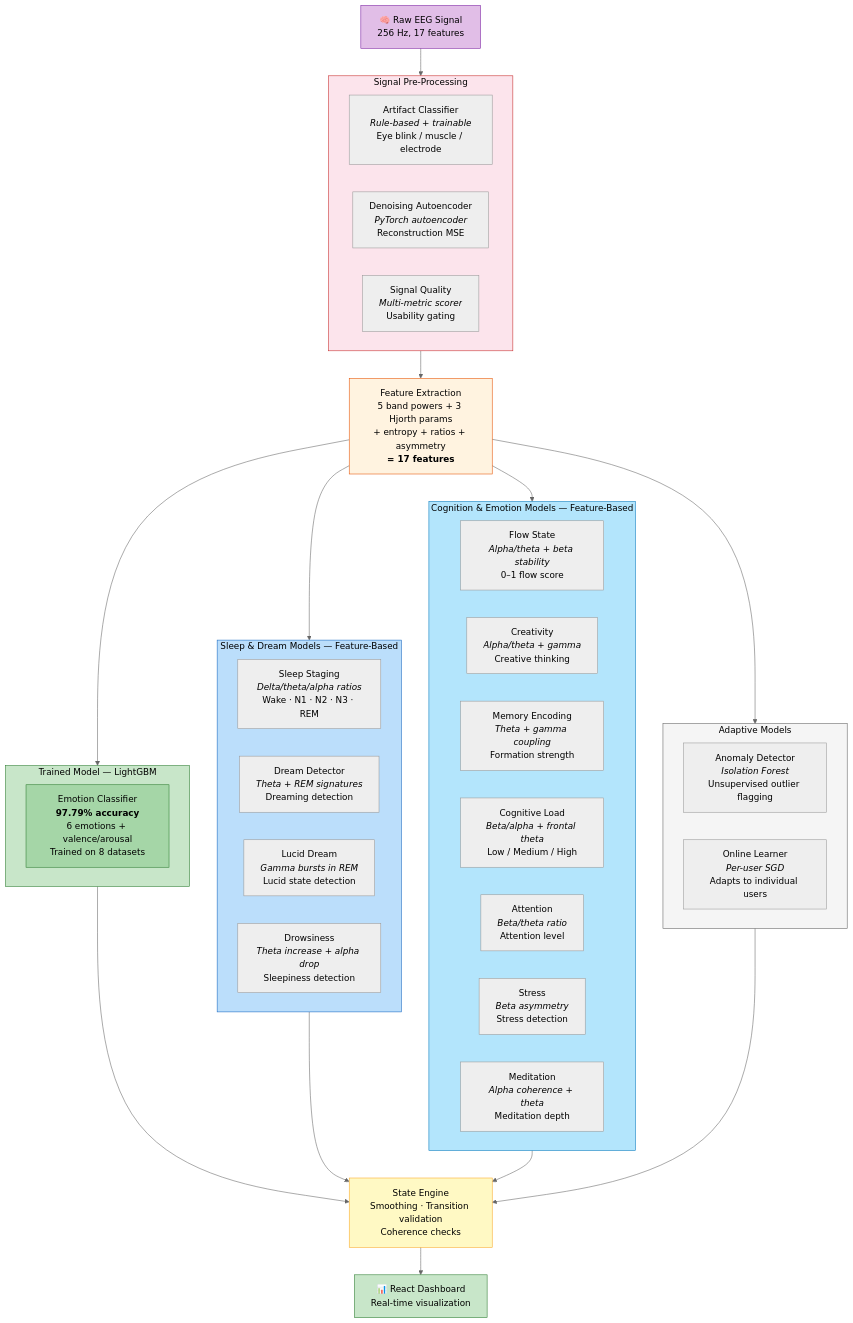
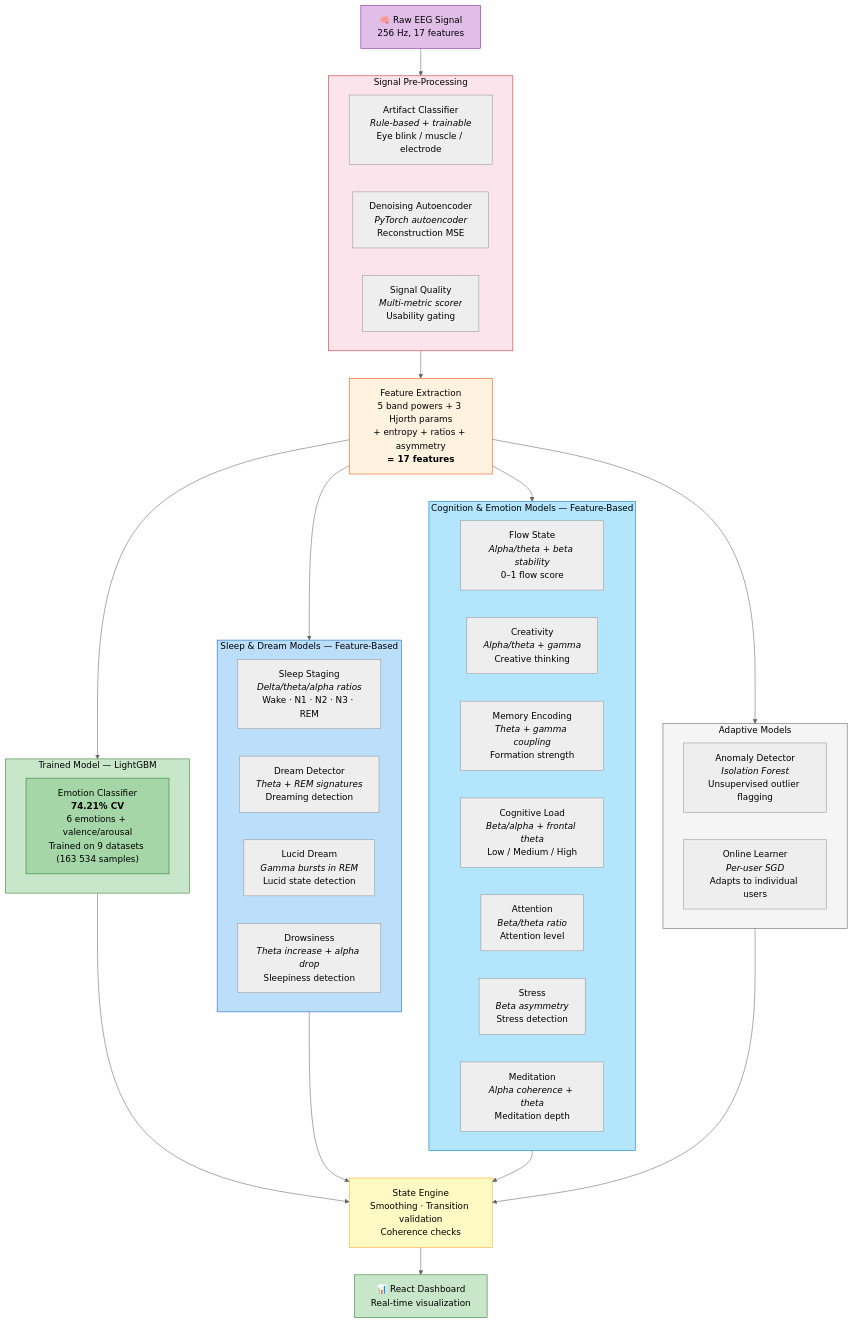
Before and after one commit to getzen-health/DreamAnalysis: the fifth of 5 diagrams in README.md, drawn with Mermaid (neutral theme). The commit also changed 8 other files, not shown here.

````diff
--- a/README.md
+++ b/README.md
@@ -166,68 +166,68 @@
 ```mermaid
 graph TD
     EEG["🧠 Raw EEG Signal<br/>256 Hz, 17 features"]
 
     EEG --> PRE
 
     subgraph PRE["Signal Pre-Processing"]
         direction LR
         ART["Artifact Classifier<br/><i>Rule-based + trainable</i><br/>Eye blink / muscle / electrode"]
         DEN["Denoising Autoencoder<br/><i>PyTorch autoencoder</i><br/>Reconstruction MSE"]
         SQ["Signal Quality<br/><i>Multi-metric scorer</i><br/>Usability gating"]
     end
 
     PRE --> FEAT["Feature Extraction<br/>5 band powers + 3 Hjorth params<br/>+ entropy + ratios + asymmetry<br/><b>= 17 features</b>"]
 
     FEAT --> TRAINED
     FEAT --> SLEEP
     FEAT --> FOCUS
     FEAT --> SPECIAL
 
     subgraph TRAINED["Trained Model — LightGBM"]
-        EMO["Emotion Classifier<br/><b>97.79% accuracy</b><br/>6 emotions + valence/arousal<br/>Trained on 8 datasets"]
+        EMO["Emotion Classifier<br/><b>74.21% CV</b><br/>6 emotions + valence/arousal<br/>Trained on 9 datasets (163 534 samples)"]
     end
 
     subgraph SLEEP["Sleep & Dream Models — Feature-Based"]
         direction LR
         SS["Sleep Staging<br/><i>Delta/theta/alpha ratios</i><br/>Wake · N1 · N2 · N3 · REM"]
         DD["Dream Detector<br/><i>Theta + REM signatures</i><br/>Dreaming detection"]
         LD["Lucid Dream<br/><i>Gamma bursts in REM</i><br/>Lucid state detection"]
         DROW["Drowsiness<br/><i>Theta increase + alpha drop</i><br/>Sleepiness detection"]
     end
 
     subgraph FOCUS["Cognition & Emotion Models — Feature-Based"]
         direction LR
         FS["Flow State<br/><i>Alpha/theta + beta stability</i><br/>0–1 flow score"]
         CR["Creativity<br/><i>Alpha/theta + gamma</i><br/>Creative thinking"]
         ME["Memory Encoding<br/><i>Theta + gamma coupling</i><br/>Formation strength"]
         CL["Cognitive Load<br/><i>Beta/alpha + frontal theta</i><br/>Low / Medium / High"]
         AT["Attention<br/><i>Beta/theta ratio</i><br/>Attention level"]
         ST["Stress<br/><i>Beta asymmetry</i><br/>Stress detection"]
         MED["Meditation<br/><i>Alpha coherence + theta</i><br/>Meditation depth"]
     end
 
     subgraph SPECIAL["Adaptive Models"]
         direction LR
         AN["Anomaly Detector<br/><i>Isolation Forest</i><br/>Unsupervised outlier flagging"]
         OL["Online Learner<br/><i>Per-user SGD</i><br/>Adapts to individual users"]
     end
 
     TRAINED --> OUT
     SLEEP --> OUT
     FOCUS --> OUT
     SPECIAL --> OUT
 
     OUT["State Engine<br/>Smoothing · Transition validation<br/>Coherence checks"]
     OUT --> DASH["📊 React Dashboard<br/>Real-time visualization"]
 
     style EEG fill:#e1bee7,stroke:#7b1fa2,color:#000
     style FEAT fill:#fff3e0,stroke:#e65100,color:#000
     style TRAINED fill:#c8e6c9,stroke:#2e7d32,color:#000
     style EMO fill:#a5d6a7,stroke:#2e7d32,color:#000
     style SLEEP fill:#bbdefb,stroke:#1565c0,color:#000
     style FOCUS fill:#b3e5fc,stroke:#0277bd,color:#000
     style SPECIAL fill:#f5f5f5,stroke:#616161,color:#000
     style PRE fill:#fce4ec,stroke:#c62828,color:#000
     style OUT fill:#fff9c4,stroke:#f9a825,color:#000
     style DASH fill:#c8e6c9,stroke:#2e7d32,color:#000
 ```
````
